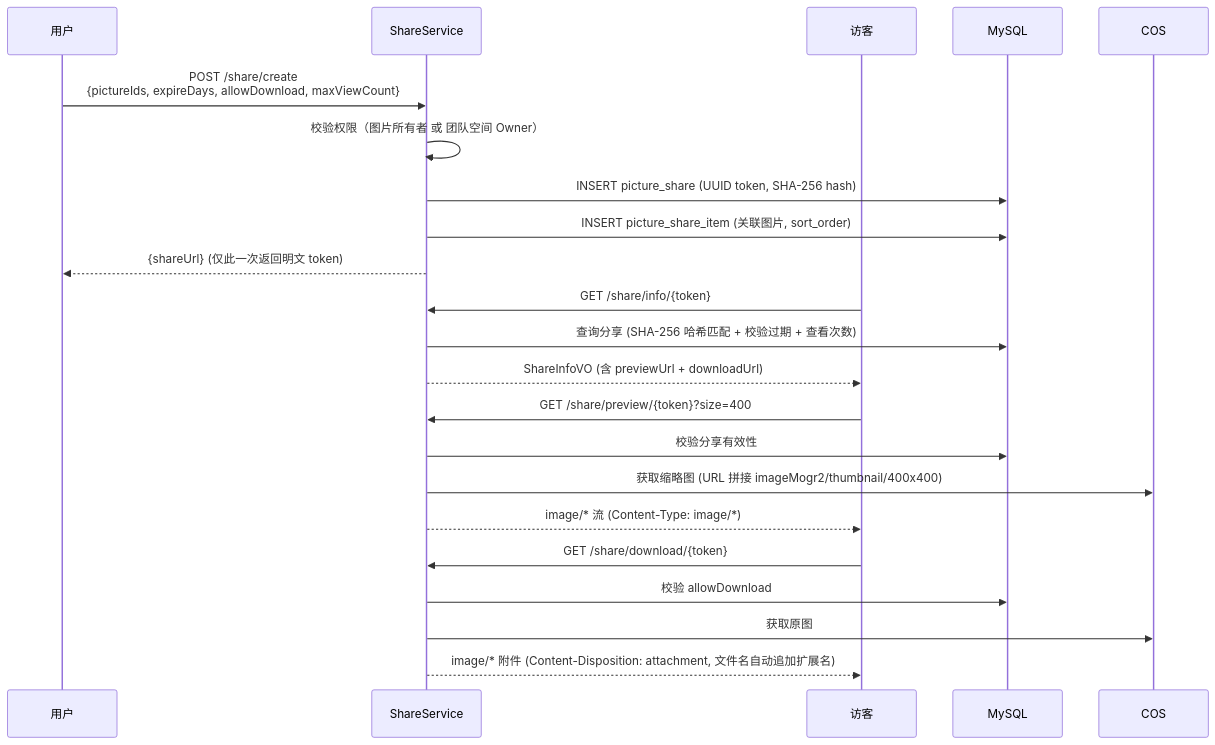
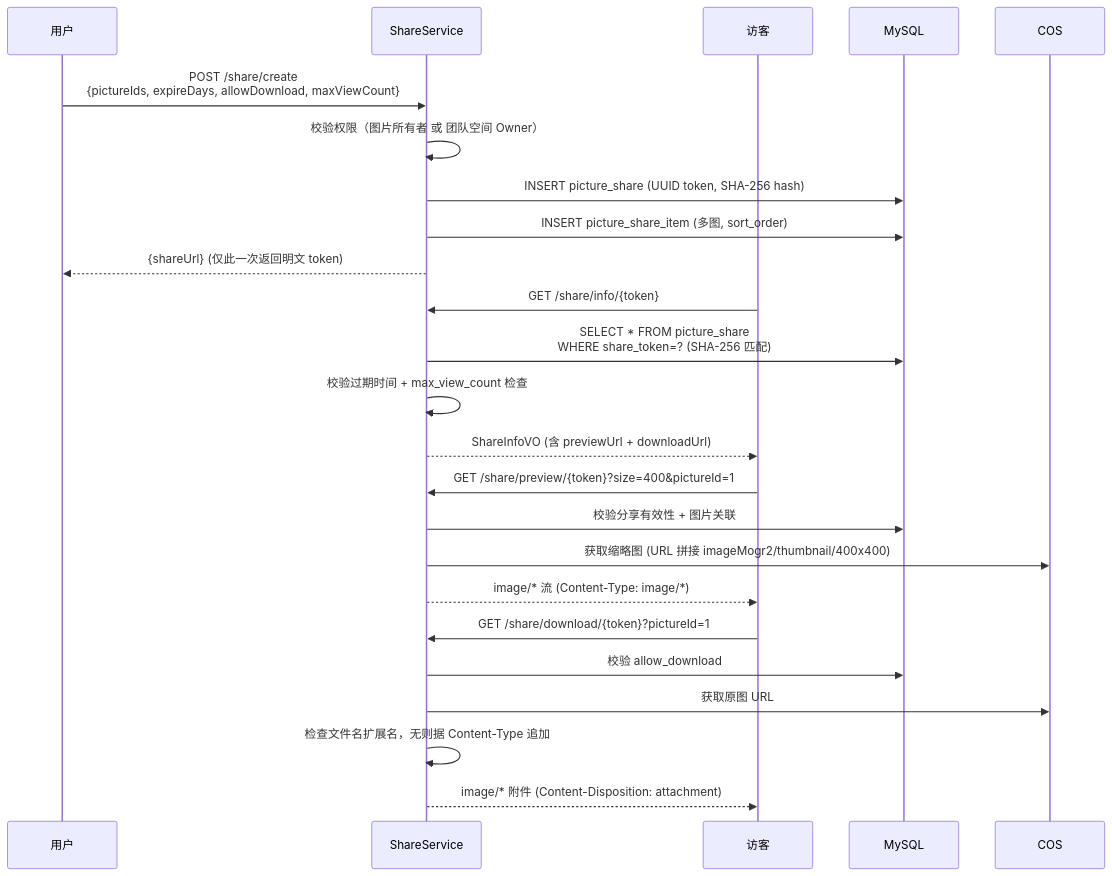
The eighth of 8 diagrams in model/uml_diagrams.md (FishDuM/AI.Image.Material.Collaboration.Platform), drawn with Mermaid before and after one commit. The commit also changed other lines of this file and 3 other files, not shown here.

````diff
--- a/model/uml_diagrams.md
+++ b/model/uml_diagrams.md
@@ -733,28 +768,30 @@
 ```mermaid
 sequenceDiagram
     participant U as 用户
     participant S as ShareService
     participant V as 访客
     participant DB as MySQL
     participant COS as COS
 
     U->>S: POST /share/create<br/>{pictureIds, expireDays, allowDownload, maxViewCount}
     S->>S: 校验权限（图片所有者 或 团队空间 Owner）
     S->>DB: INSERT picture_share (UUID token, SHA-256 hash)
-    S->>DB: INSERT picture_share_item (关联图片, sort_order)
+    S->>DB: INSERT picture_share_item (多图, sort_order)
     S-->>U: {shareUrl} (仅此一次返回明文 token)
 
     V->>S: GET /share/info/{token}
-    S->>DB: 查询分享 (SHA-256 哈希匹配 + 校验过期 + 查看次数)
+    S->>DB: SELECT * FROM picture_share<br/>WHERE share_token=? (SHA-256 匹配)
+    S->>S: 校验过期时间 + max_view_count 检查
     S-->>V: ShareInfoVO (含 previewUrl + downloadUrl)
 
-    V->>S: GET /share/preview/{token}?size=400
-    S->>DB: 校验分享有效性
+    V->>S: GET /share/preview/{token}?size=400&pictureId=1
+    S->>DB: 校验分享有效性 + 图片关联
     S->>COS: 获取缩略图 (URL 拼接 imageMogr2/thumbnail/400x400)
     S-->>V: image/* 流 (Content-Type: image/*)
 
-    V->>S: GET /share/download/{token}
-    S->>DB: 校验 allowDownload
-    S->>COS: 获取原图
-    S-->>V: image/* 附件 (Content-Disposition: attachment, 文件名自动追加扩展名)
+    V->>S: GET /share/download/{token}?pictureId=1
+    S->>DB: 校验 allow_download
+    S->>COS: 获取原图 URL
+    S->>S: 检查文件名扩展名，无则据 Content-Type 追加
+    S-->>V: image/* 附件 (Content-Disposition: attachment)
 ```
````
